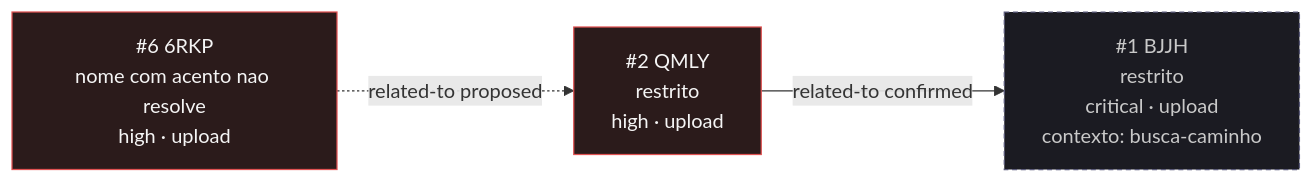
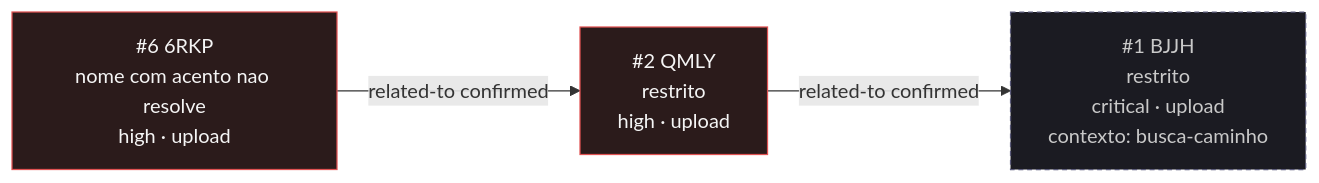
Before and after one commit to Adriano1976/reversa-analisador-genealogico: the diagram in _reversa_bugs/upload-gedcom/generated/graph.md, drawn with Mermaid. The commit also changed other lines of this file and 8 other files, not shown here.

````diff
--- a/_reversa_bugs/upload-gedcom/generated/graph.md
+++ b/_reversa_bugs/upload-gedcom/generated/graph.md
@@ -5,11 +5,11 @@
 ```mermaid
 graph LR
   SIX["#6 6RKP<br/>nome com acento nao resolve<br/>high · upload"]
   style SIX fill:#2b1b1b,stroke:#e05252,color:#f5f5f5
   QMLY["#2 QMLY<br/>restrito<br/>high · upload"]
   style QMLY fill:#2b1b1b,stroke:#e05252,color:#f5f5f5
   BJJH["#1 BJJH<br/>restrito<br/>critical · upload<br/>contexto: busca-caminho"]
   style BJJH fill:#1b1b22,stroke:#5a5a7a,color:#c9c9c9,stroke-dasharray:4 3
-  SIX -.->|related-to proposed| QMLY
+  SIX -->|related-to confirmed| QMLY
   QMLY -->|related-to confirmed| BJJH
 ```
````
